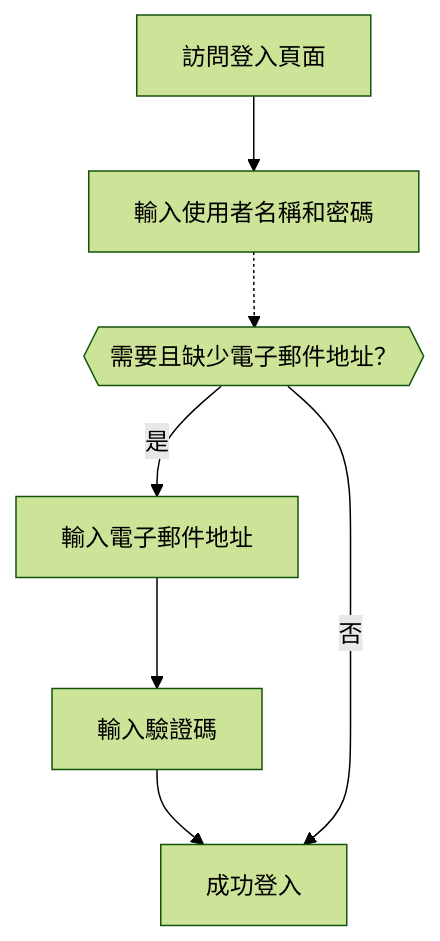
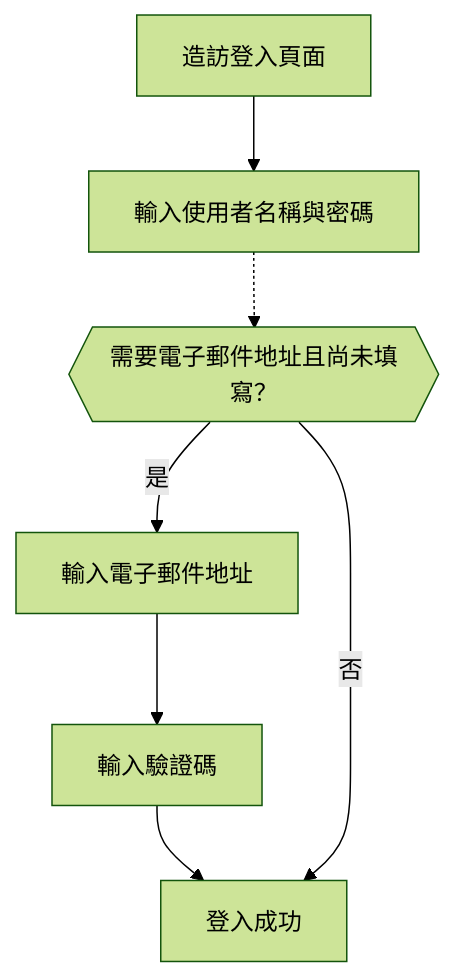
The diagram in i18n/zh-TW/docusaurus-plugin-content-docs/current/end-user-flows/sign-up-and-sign-in/sign-in.mdx (logto-io/docs), drawn with Mermaid (forest theme) before and after one commit. The commit also changed other lines of this file and 200 other files, not shown here.

````diff
--- a/i18n/zh-TW/docusaurus-plugin-content-docs/current/end-user-flows/sign-up-and-sign-in/sign-in.mdx
+++ b/i18n/zh-TW/docusaurus-plugin-content-docs/current/end-user-flows/sign-up-and-sign-in/sign-in.mdx
@@ -90,9 +91,9 @@
 ```mermaid
 flowchart TD
-    A[訪問登入頁面] --> B[輸入使用者名稱和密碼]
-    B -.-> C{{需要且缺少電子郵件地址？}}
+    A[造訪登入頁面] --> B[輸入使用者名稱與密碼]
+    B -.-> C{{需要電子郵件地址且尚未填寫？}}
     C -->|是| D[輸入電子郵件地址]
     D --> E[輸入驗證碼]
-    E --> F[成功登入]
+    E --> F[登入成功]
     C --> |否| F
 ```
````
